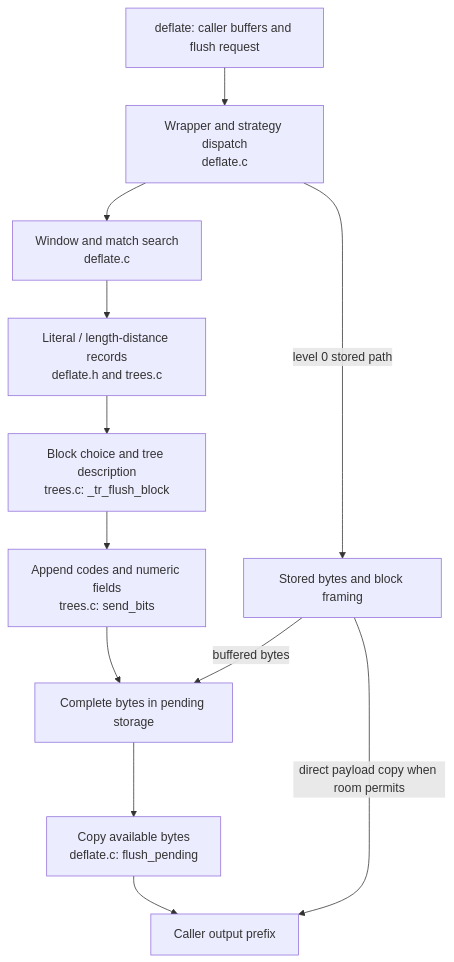
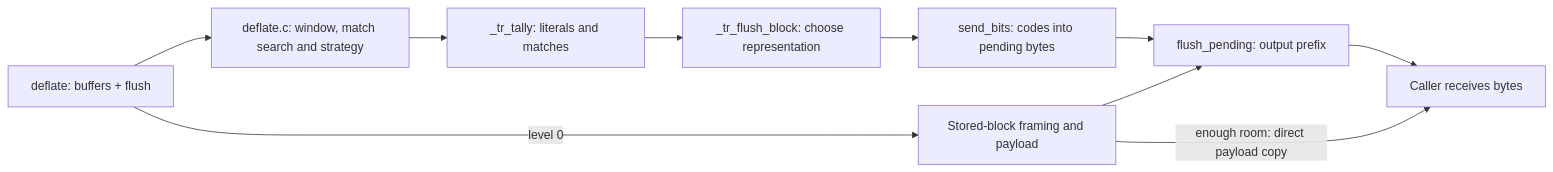
One commit to cla7aye15I4nd/zlib-f changed the second of 2 diagrams in site/content/sample/interfaces.en.md. Above: the diagram before and after it, drawn with Mermaid. The commit also changed other lines of this file and 15 other files, not shown here.

````diff
--- a/site/content/sample/interfaces.en.md
+++ b/site/content/sample/interfaces.en.md
@@ -50,14 +89,12 @@
 ```mermaid
-flowchart TD
-    API["deflate: caller buffers and flush request"] --> Dispatch["Wrapper and strategy dispatch<br/>deflate.c"]
-    Dispatch --> Match["Window and match search<br/>deflate.c"]
-    Match --> Symbols["Literal / length-distance records<br/>deflate.h and trees.c"]
-    Symbols --> Block["Block choice and tree description<br/>trees.c: _tr_flush_block"]
-    Block --> Bits["Append codes and numeric fields<br/>trees.c: send_bits"]
-    Bits --> Pending["Complete bytes in pending storage"]
-    Pending --> Delivery["Copy available bytes<br/>deflate.c: flush_pending"]
-    Delivery --> Caller["Caller output prefix"]
-    Dispatch -->|level 0 stored path| Stored["Stored bytes and block framing"]
-    Stored -->|buffered bytes| Pending
-    Stored -->|direct payload copy when room permits| Caller
+flowchart LR
+    API["deflate: buffers + flush"] --> Match["deflate.c: window, match search and strategy"]
+    Match --> Symbols["_tr_tally: literals and matches"]
+    Symbols --> Block["_tr_flush_block: choose representation"]
+    Block --> Bits["send_bits: codes into pending bytes"]
+    Bits --> Deliver["flush_pending: output prefix"]
+    Deliver --> Caller["Caller receives bytes"]
+    API -->|"level 0"| Stored["Stored-block framing and payload"]
+    Stored --> Deliver
+    Stored -->|"enough room: direct payload copy"| Caller
 ```
````
